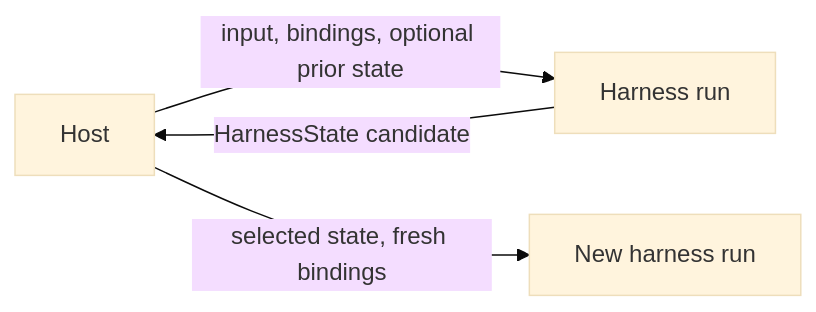
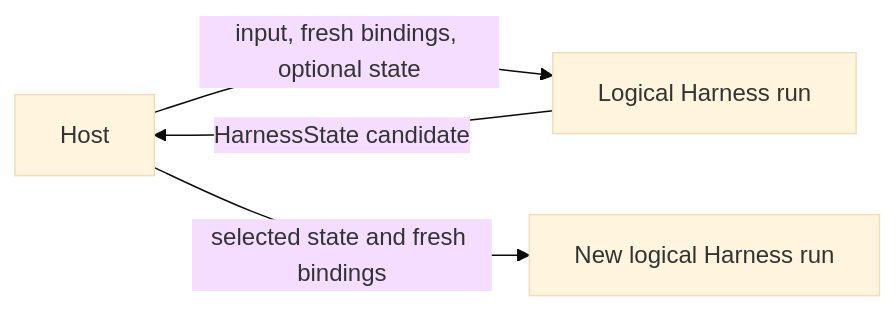
Before and after one commit to LTThreeComma/agent-foundation: the diagram in spec/agent-harness/10-snapshot-and-resume.md, drawn with Mermaid (base theme). The commit also changed other lines of this file and 31 other files, not shown here.

````diff
--- a/spec/agent-harness/10-snapshot-and-resume.md
+++ b/spec/agent-harness/10-snapshot-and-resume.md
@@ -9,6 +14,6 @@
 ```mermaid
 flowchart LR
-    Host -->|input, bindings, optional prior state| Run1[Harness run]
+    Host -->|input, fresh bindings, optional state| Run1[Logical Harness run]
     Run1 -->|HarnessState candidate| Host
-    Host -->|selected state, fresh bindings| Run2[New harness run]
+    Host -->|selected state and fresh bindings| Run2[New logical Harness run]
 ```
````
